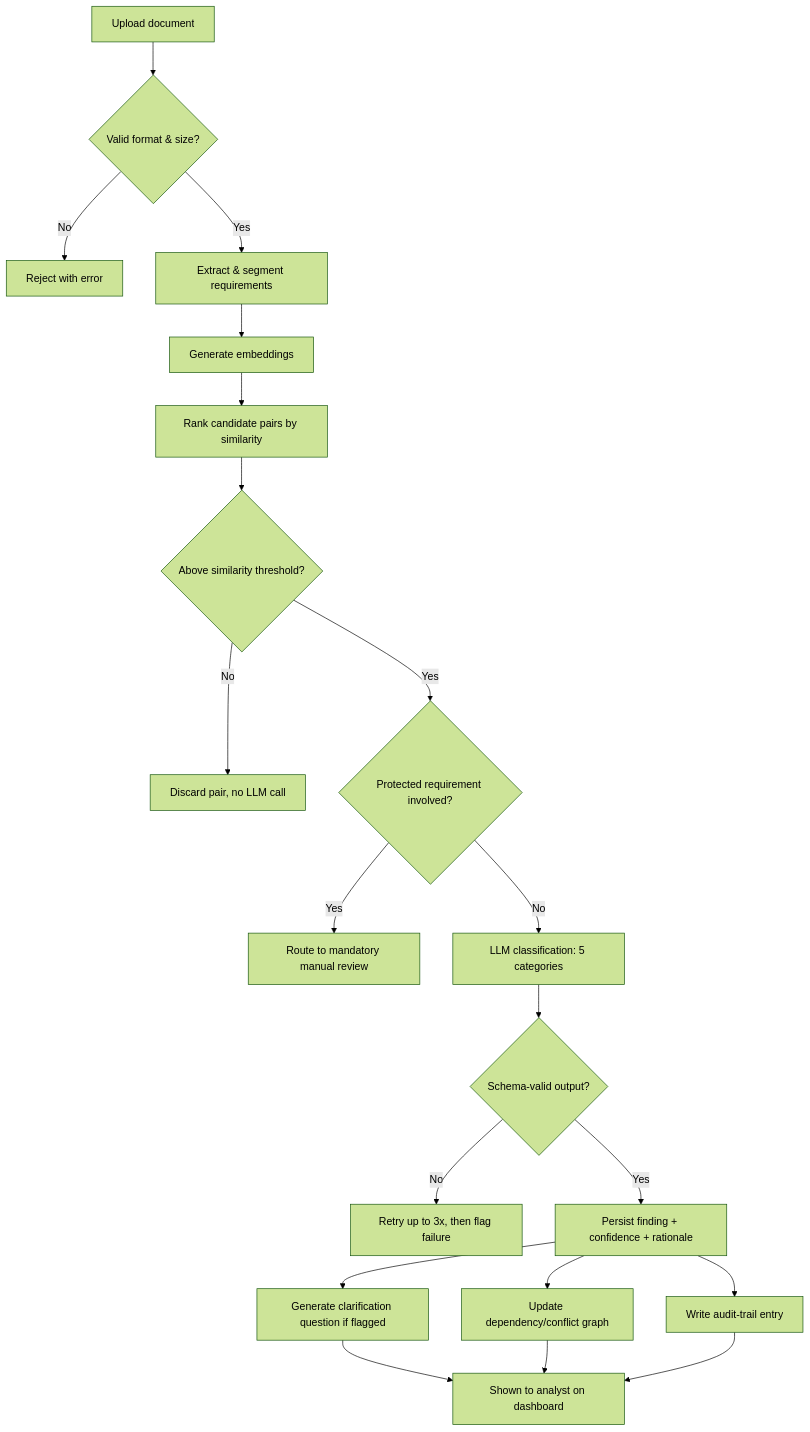
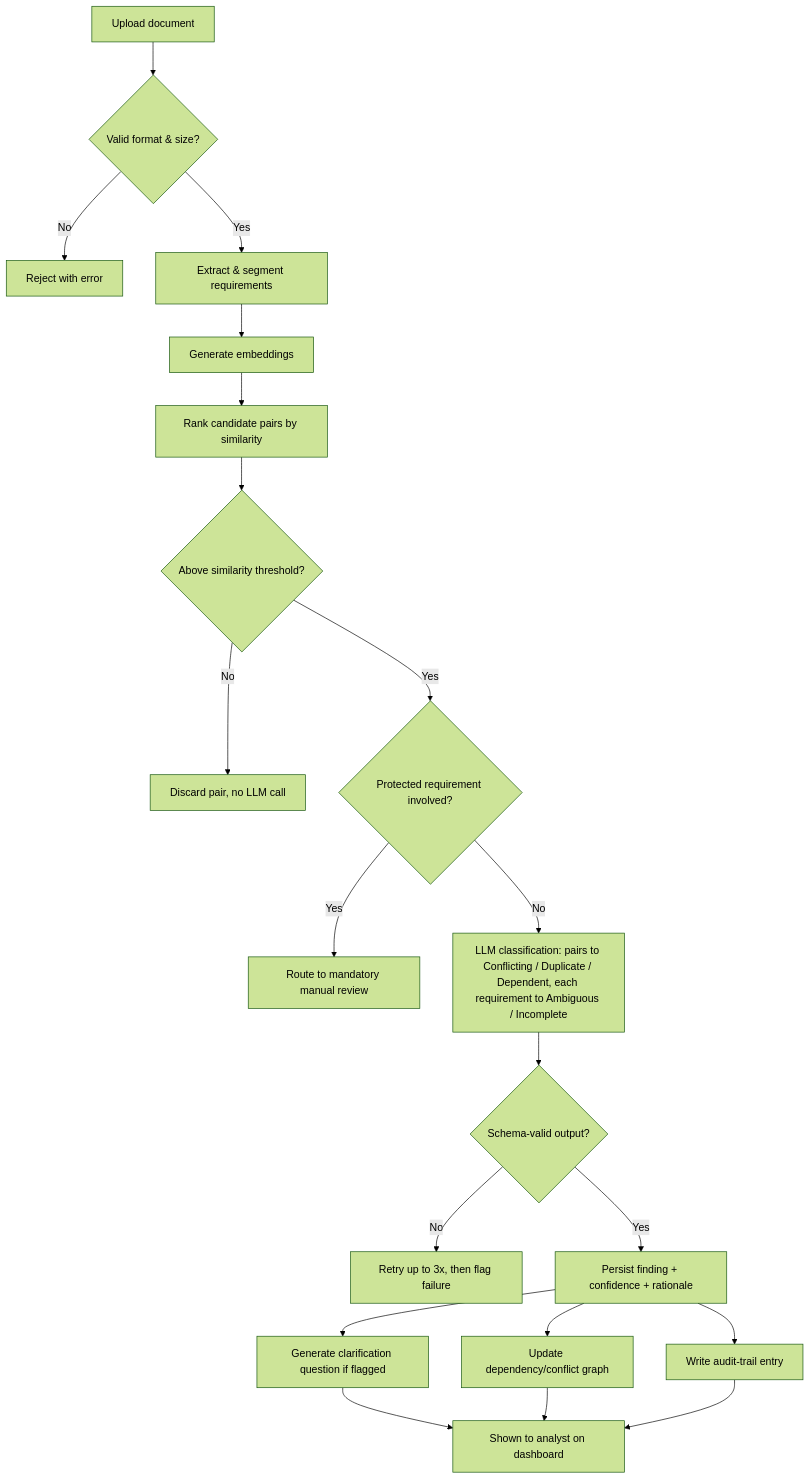
The fourth of 4 diagrams in docs/engineering/diagrams.md (ParthAgrawal-07/AI-Requirements-Conflict-Dectector), drawn with Mermaid (forest theme) before and after one commit. The commit also changed other lines of this file and 19 other files, not shown here.

````diff
--- a/docs/engineering/diagrams.md
+++ b/docs/engineering/diagrams.md
@@ -119,22 +145,22 @@
 ```mermaid
 flowchart TD
   A[Upload document] --> B{Valid format & size?}
   B -- No --> B1[Reject with error]
   B -- Yes --> C[Extract & segment requirements]
   C --> D[Generate embeddings]
   D --> E[Rank candidate pairs by similarity]
   E --> F{Above similarity threshold?}
   F -- No --> G[Discard pair, no LLM call]
   F -- Yes --> H{Protected requirement involved?}
   H -- Yes --> H1[Route to mandatory manual review]
-  H -- No --> I[LLM classification: 5 categories]
+  H -- No --> I["LLM classification: pairs to Conflicting / Duplicate / Dependent, each requirement to Ambiguous / Incomplete"]
   I --> J{Schema-valid output?}
   J -- No --> J1[Retry up to 3x, then flag failure]
   J -- Yes --> K[Persist finding + confidence + rationale]
   K --> L[Generate clarification question if flagged]
   K --> M[Update dependency/conflict graph]
   K --> N[Write audit-trail entry]
   L --> O[Shown to analyst on dashboard]
   M --> O
   N --> O
 ```
````
